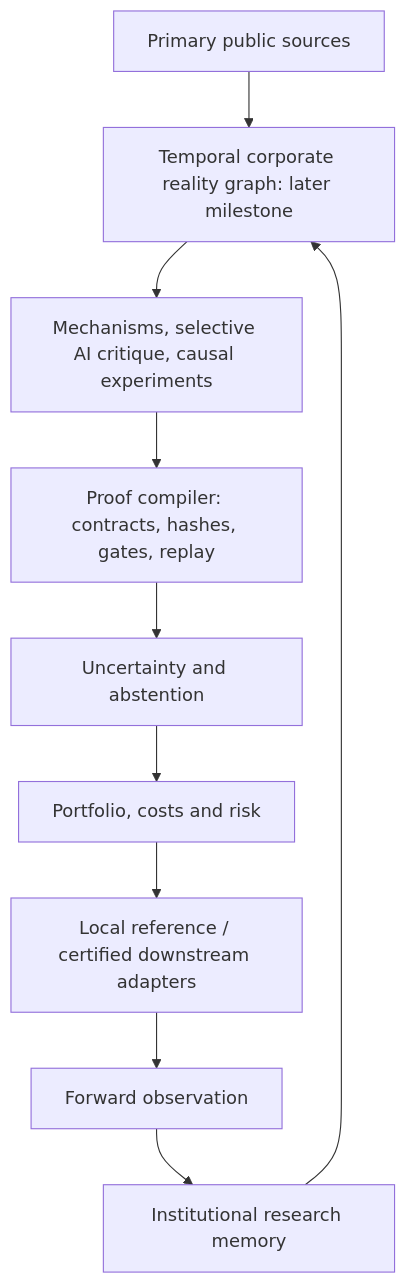
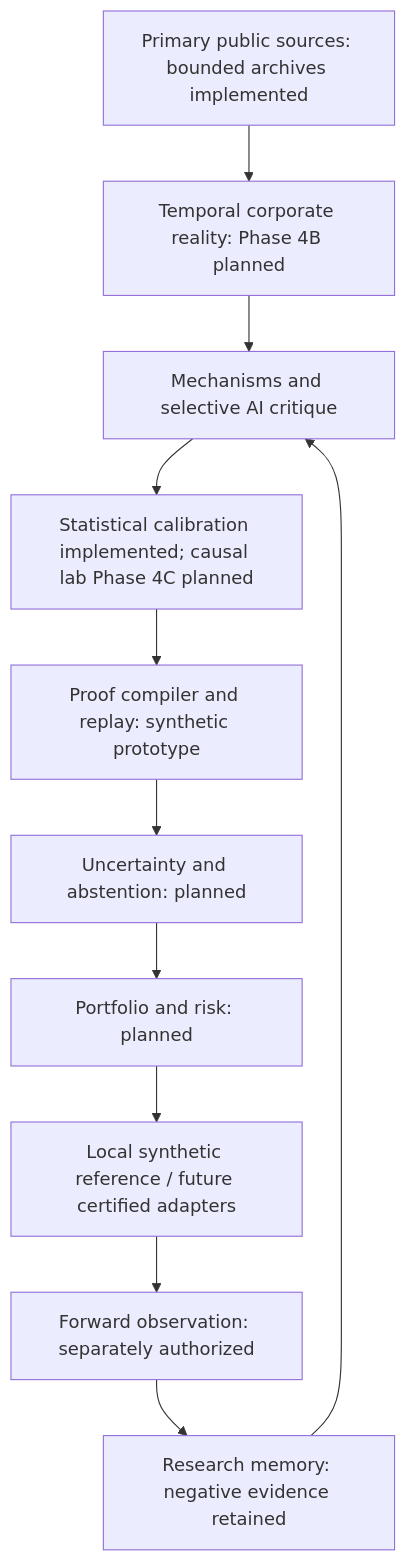
The diagram in docs/acceleration/master_plan.md (jarems421/ai-assisted-quantitative-research), drawn with Mermaid before and after one commit. The commit also changed other lines of this file and 9 other files, not shown here.

Commit message:
Rewrite Research OS overview and govern Phase 4 family selection

````diff
--- a/docs/acceleration/master_plan.md
+++ b/docs/acceleration/master_plan.md
@@ -7,12 +40,13 @@
 ```mermaid
 flowchart TD
-  Sources[Primary public sources] --> Reality[Temporal corporate reality graph: later milestone]
-  Reality --> Hypotheses[Mechanisms, selective AI critique, causal experiments]
-  Hypotheses --> Compiler[Proof compiler: contracts, hashes, gates, replay]
-  Compiler --> Uncertainty[Uncertainty and abstention]
-  Uncertainty --> Risk[Portfolio, costs and risk]
-  Risk --> Adapters[Local reference / certified downstream adapters]
-  Adapters --> Forward[Forward observation]
-  Forward --> Memory[Institutional research memory]
-  Memory --> Reality
+  Sources[Primary public sources: bounded archives implemented] --> Reality[Temporal corporate reality: Phase 4B planned]
+  Reality --> Mechanisms[Mechanisms and selective AI critique]
+  Mechanisms --> Lab[Statistical calibration implemented; causal lab Phase 4C planned]
+  Lab --> Compiler[Proof compiler and replay: synthetic prototype]
+  Compiler --> Uncertainty[Uncertainty and abstention: planned]
+  Uncertainty --> Risk[Portfolio and risk: planned]
+  Risk --> Adapters[Local synthetic reference / future certified adapters]
+  Adapters --> Forward[Forward observation: separately authorized]
+  Forward --> Memory[Research memory: negative evidence retained]
+  Memory --> Mechanisms
 ```
````
